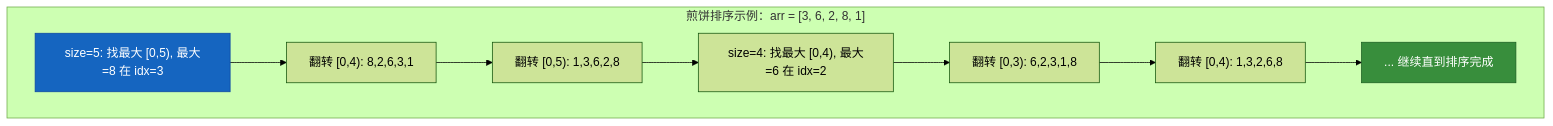
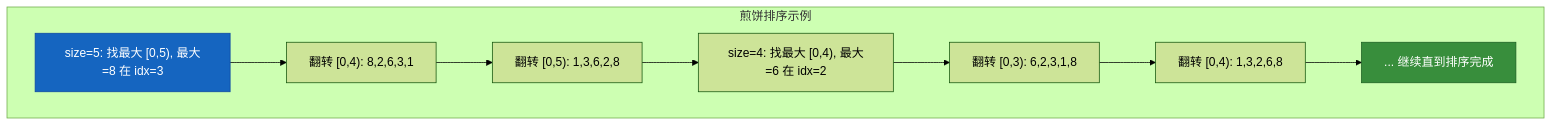
One commit to dd-xiaozhi/study-notes changed diagram 13 of 14 in 计算机基础/算法/数据结构与算法/09_二分查找与递归.md. Above: the diagram before and after it, drawn with Mermaid (forest theme). The commit also changed other lines of this file and 84 other files, not shown here.

````diff
--- a/计算机基础/算法/数据结构与算法/09_二分查找与递归.md
+++ b/计算机基础/算法/数据结构与算法/09_二分查找与递归.md
@@ -1047,15 +1047,15 @@
 ```mermaid
 graph TD
-    subgraph "煎饼排序示例：arr = [3, 6, 2, 8, 1]"
+    subgraph 煎饼排序示例
         A["size=5: 找最大 [0,5), 最大=8 在 idx=3"]
         A --> B["翻转 [0,4): 8,2,6,3,1"]
         B --> C["翻转 [0,5): 1,3,6,2,8"]
         C --> D["size=4: 找最大 [0,4), 最大=6 在 idx=2"]
         D --> E["翻转 [0,3): 6,2,3,1,8"]
         E --> F["翻转 [0,4): 1,3,2,6,8"]
         F --> G["... 继续直到排序完成"]
     end
 
     style A fill:#1565c0,stroke:#0d47a1,color:#ffffff
     style G fill:#388e3c,stroke:#1b5e20,color:#ffffff
 ```
````
